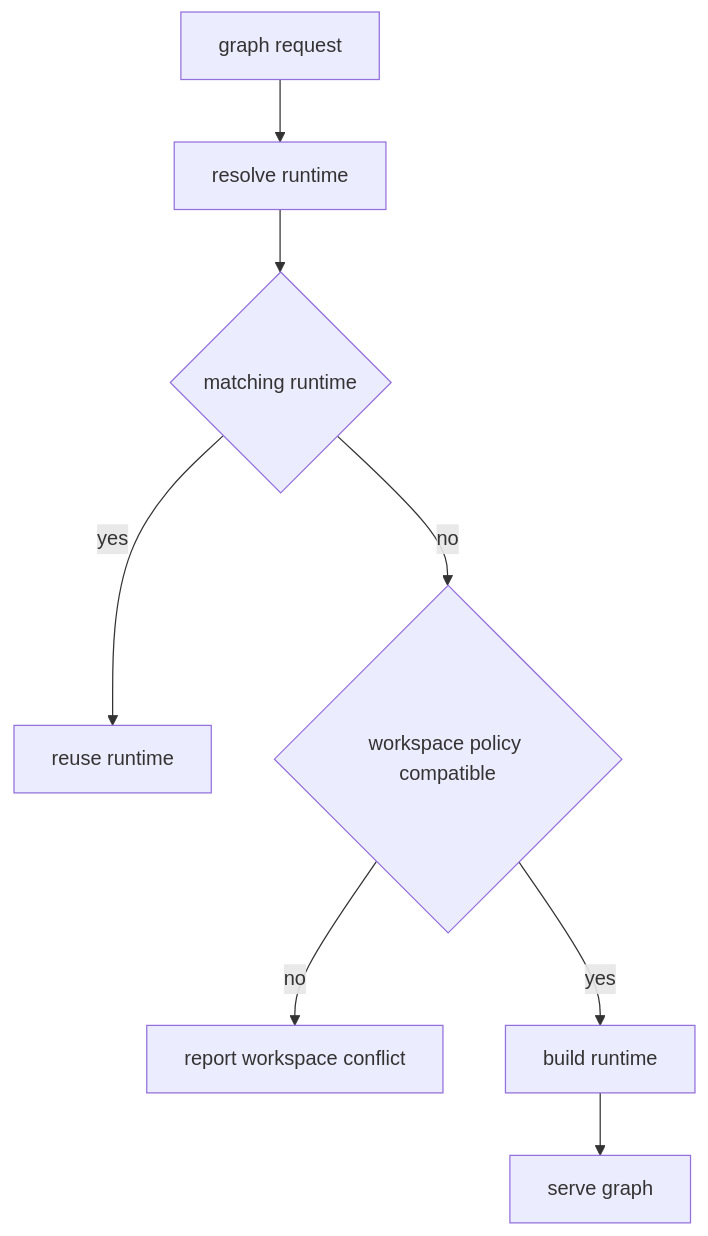
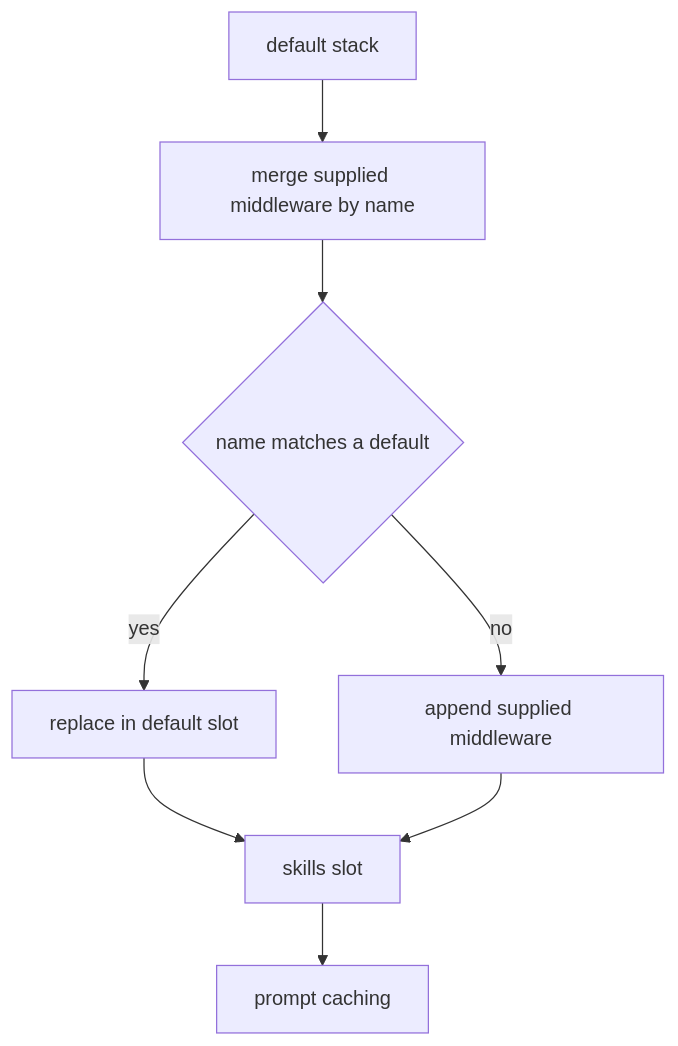
The first of 2 diagrams in openwiki/testing/testing-guide.md (langchain-ai/deepagents), drawn with Mermaid before and after one commit. The commit also changed other lines of this file and 39 other files, not shown here.

````diff
--- a/openwiki/testing/testing-guide.md
+++ b/openwiki/testing/testing-guide.md
@@ -64,10 +64,10 @@
 ```mermaid
 flowchart TD
-    Request["graph request"] --> Runtime["resolve runtime"]
-    Runtime --> Cached{"matching runtime"}
-    Cached -->|yes| Reuse["reuse runtime"]
-    Cached -->|no| Policy{"workspace policy compatible"}
-    Policy -->|no| Refuse["report workspace conflict"]
-    Policy -->|yes| Build["build runtime"]
-    Build --> Ready["serve graph"]
+    Base["default stack"] --> Merge["merge supplied middleware by name"]
+    Merge --> Replace{"name matches a default"}
+    Replace -->|yes| Slot["replace in default slot"]
+    Replace -->|no| Append["append supplied middleware"]
+    Slot --> Skills["skills slot"]
+    Append --> Skills
+    Skills --> Cache["prompt caching"]
 ```
````
